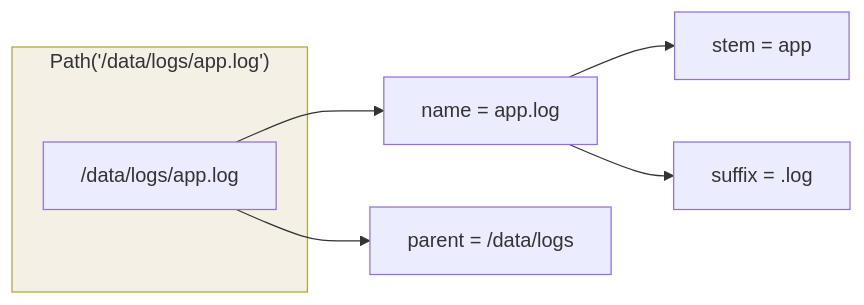
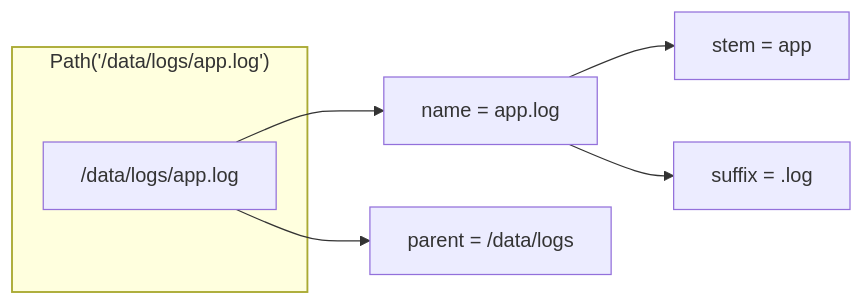
Before and after one commit to Loadhao/ascension: the first of 2 diagrams in src/content/docs/python/intermediate/stdlib/03-pathlib-io.md, drawn with Mermaid. The commit also changed 87 other files, not shown here.

First line of the commit message:
fix: 全站图表配色改由主题接管，修复暗色主题下浅底浅字看不清

````diff
--- a/src/content/docs/python/intermediate/stdlib/03-pathlib-io.md
+++ b/src/content/docs/python/intermediate/stdlib/03-pathlib-io.md
@@ -30,11 +30,12 @@
 ```mermaid
 flowchart LR
     subgraph 完整["Path('/data/logs/app.log')"]
         P["/data/logs/app.log"]
     end
     P --> N["name = app.log"]
     P --> PA["parent = /data/logs"]
     N --> ST["stem = app"]
     N --> SU["suffix = .log"]
-    style 完整 fill:#f5f0e6
+    class 完整 hl
+    classDef hl stroke-width:1.5px
 ```
````
